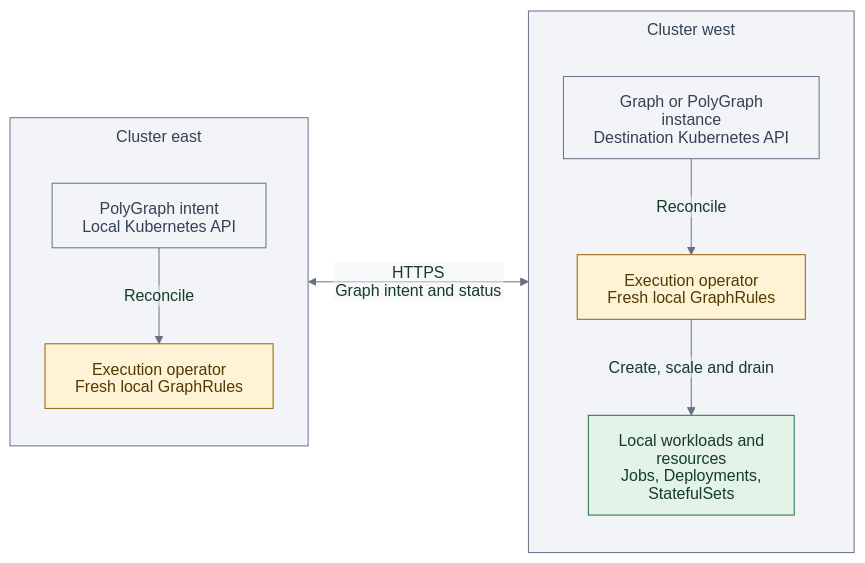
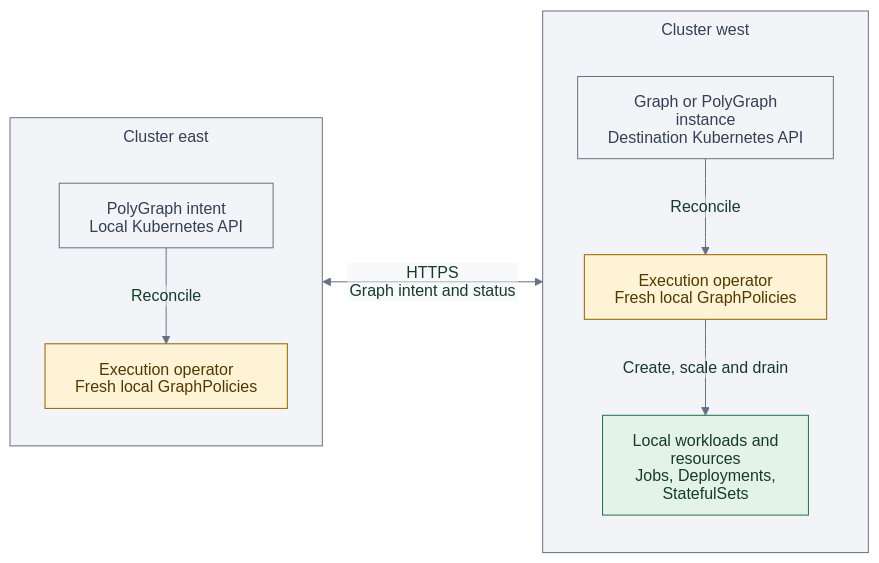
One commit to astrivant/polyad changed the first of 6 diagrams in docs/deployment/multicluster.md. Above: the diagram before and after it, drawn with Mermaid. The commit also changed other lines of this file and 182 other files, not shown here.

Commit message:
GraphPolicies rename

````diff
--- a/docs/deployment/multicluster.md
+++ b/docs/deployment/multicluster.md
@@ -62,42 +62,42 @@
 ```mermaid
 ---
 config:
   theme: base
   htmlLabels: false
   themeVariables:
     primaryColor: "#e3f3e8"
     primaryBorderColor: "#247047"
     primaryTextColor: "#163b29"
     secondaryTextColor: "#513900"
     tertiaryTextColor: "#344054"
     clusterBkg: "#f2f4f7"
     clusterBorder: "#667085"
     titleColor: "#344054"
     edgeLabelBackground: "#f2f4f7"
     lineColor: "#667085"
   flowchart:
     subGraphTitleMargin:
       top: 8
       bottom: 20
 ---
 flowchart LR
     subgraph east["Cluster east"]
         direction TB
         intent["PolyGraph intent<br/>Local Kubernetes API"]
-        manager["Execution operator<br/>Fresh local GraphRules"]
+        manager["Execution operator<br/>Fresh local GraphPolicies"]
         intent -->|"Reconcile"| manager
     end
     subgraph west["Cluster west"]
         direction TB
         api["Graph or PolyGraph instance<br/>Destination Kubernetes API"]
-        worker["Execution operator<br/>Fresh local GraphRules"]
+        worker["Execution operator<br/>Fresh local GraphPolicies"]
         pods["Local workloads and resources<br/>Jobs, Deployments, StatefulSets"]
         api -->|"Reconcile"| worker
         worker -->|"Create, scale and drain"| pods
     end
     east <-->|"HTTPS<br/>Graph intent and status"| west
     classDef control fill:#fff3d6,stroke:#926000,color:#513900
     classDef resource fill:#f2f4f7,stroke:#667085,color:#344054
     class manager,worker control
     class intent,api resource
 ```
````
